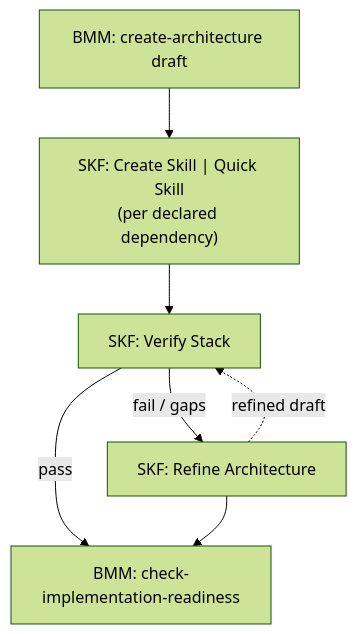
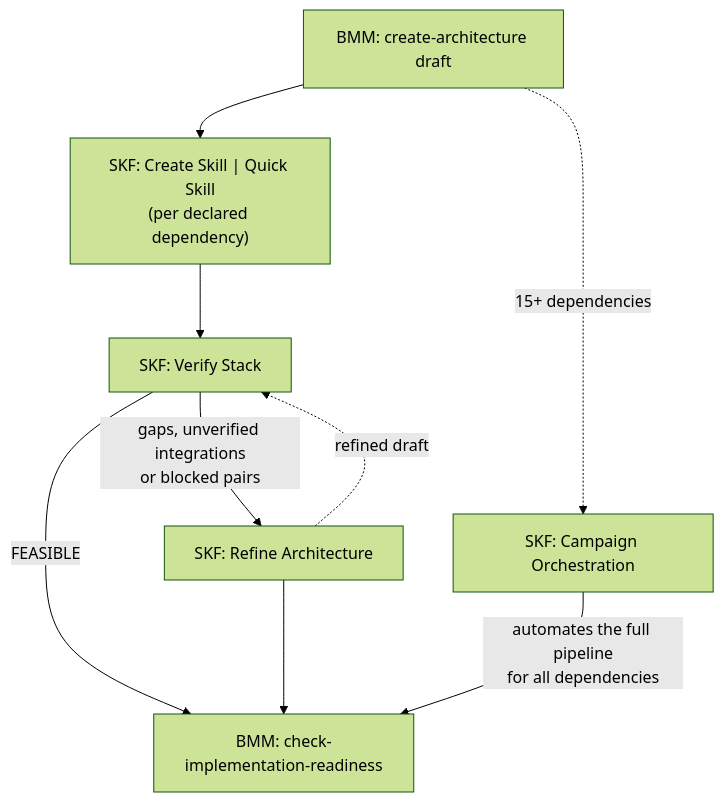
One commit to armelhbobdad/oh-my-skills changed the second of 3 diagrams in _skf-learn/bmad-synergy.md. Above: the diagram before and after it, drawn with Mermaid (forest theme). The commit also changed other lines of this file and 1033 other files, not shown here.

````diff
--- a/_skf-learn/bmad-synergy.md
+++ b/_skf-learn/bmad-synergy.md
@@ -89,9 +113,12 @@
 ```mermaid
 flowchart TD
     ARCH[BMM: create-architecture draft] --> GEN["SKF: Create Skill | Quick Skill<br/>(per declared dependency)"]
     GEN --> VS[SKF: Verify Stack]
-    VS -->|pass| READY[BMM: check-implementation-readiness]
-    VS -->|fail / gaps| RA[SKF: Refine Architecture]
+    VS -->|FEASIBLE| READY[BMM: check-implementation-readiness]
+    VS -->|"gaps, unverified integrations<br/>or blocked pairs"| RA[SKF: Refine Architecture]
     RA -.->|refined draft| VS
     RA --> READY
+
+    ARCH -.->|15+ dependencies| CAMPAIGN[SKF: Campaign Orchestration]
+    CAMPAIGN -->|"automates the full pipeline<br/>for all dependencies"| READY
 ```
````
